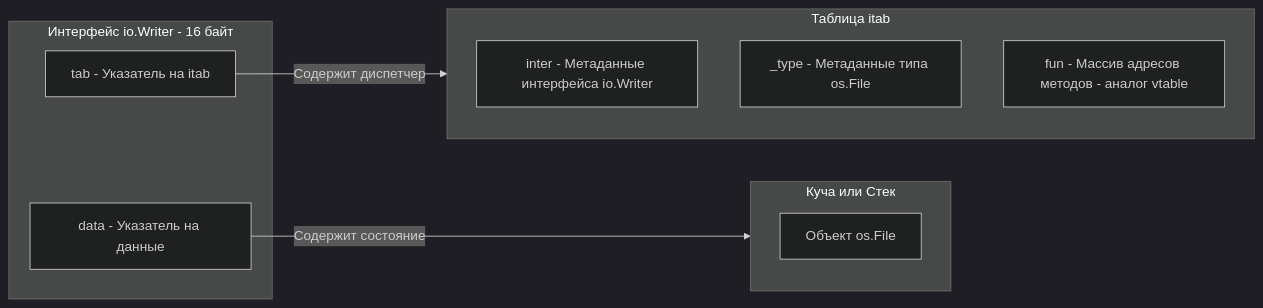
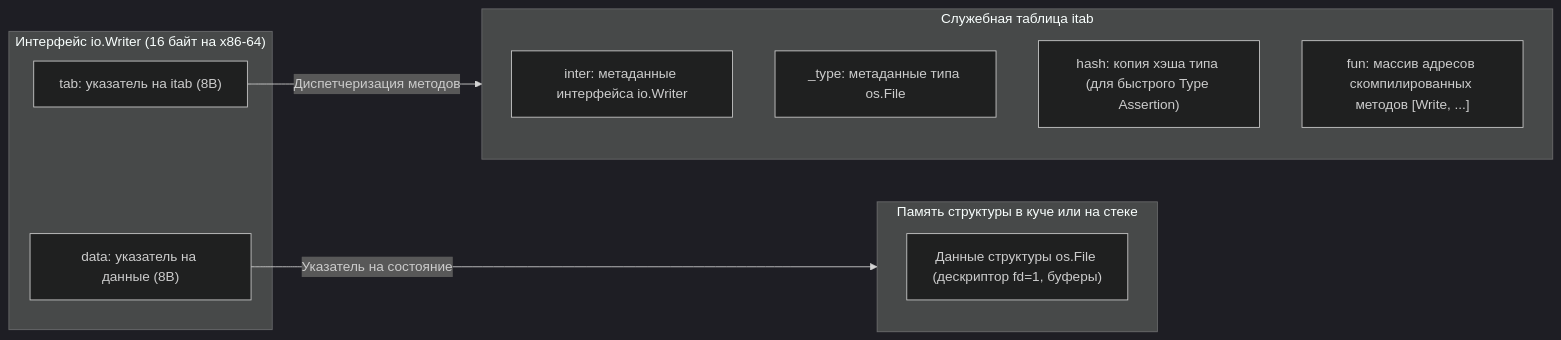
One commit to UnrealTemplier/go-textbook changed the diagram in sources/4. История и философия Go/14. Интерфейсы в Go как альтернатива классическому ООП.md. Above: the diagram before and after it, drawn with Mermaid (dark theme). The commit also changed other lines of this file, not shown here.

````diff
--- a/sources/4. История и философия Go/14. Интерфейсы в Go как альтернатива классическому ООП.md
+++ b/sources/4. История и философия Go/14. Интерфейсы в Go как альтернатива классическому ООП.md
@@ -34,17 +40,21 @@
 ```mermaid
 flowchart LR
-    subgraph IFACE_STRUCT["Интерфейс io.Writer - 16 байт"]
-        TAB["tab - Указатель на itab"]
-        DATA["data - Указатель на данные"]
+    subgraph IFACE_STRUCT["Интерфейс io.Writer (16 байт на x86-64)"]
+        TAB["tab: указатель на itab (8B)"]
+        DATA["data: указатель на данные (8B)"]
     end
-    subgraph ITAB_TABLE ["Таблица itab"]
-        INTER["inter - Метаданные интерфейса io.Writer"]
-        TYPE["_type - Метаданные типа os.File"]
-        FUNCS["fun - Массив адресов методов - аналог vtable"]
+
+    subgraph ITAB_TABLE ["Служебная таблица itab"]
+        INTER["inter: метаданные интерфейса io.Writer"]
+        TYPE["_type: метаданные типа os.File"]
+        HASH["hash: копия хэша типа (для быстрого Type Assertion)"]
+        FUNCS["fun: массив адресов скомпилированных методов [Write, ...]"]
     end
-    subgraph REAL_MEMORY ["Куча или Стек"]
-        MEM["Объект os.File"]
+
+    subgraph MEMORY_DATA ["Память структуры в куче или на стеке"]
+        MEM["Данные структуры os.File (дескриптор fd=1, буферы)"]
     end
-    TAB -->|"Содержит диспетчер"| ITAB_TABLE
-    DATA -->|"Содержит состояние"| REAL_MEMORY
+
+    TAB -->|"Диспетчеризация методов"| ITAB_TABLE
+    DATA -->|"Указатель на состояние"| MEMORY_DATA
 ```
````
